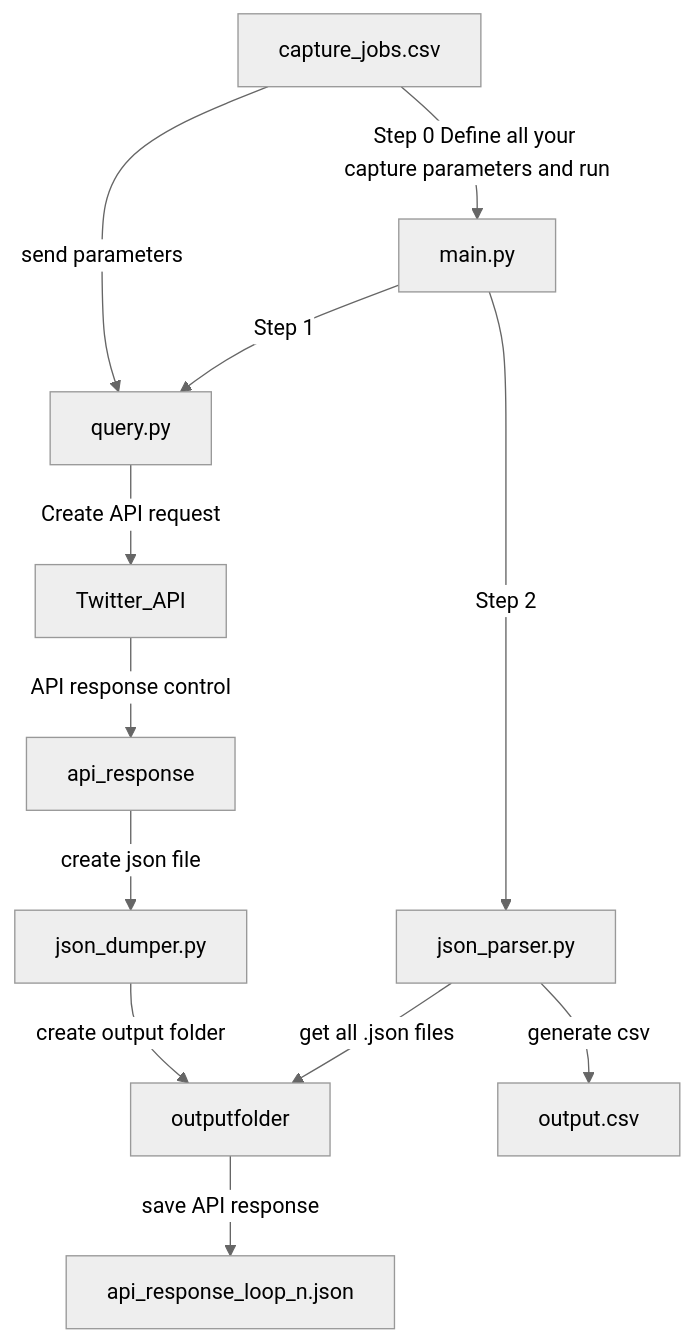
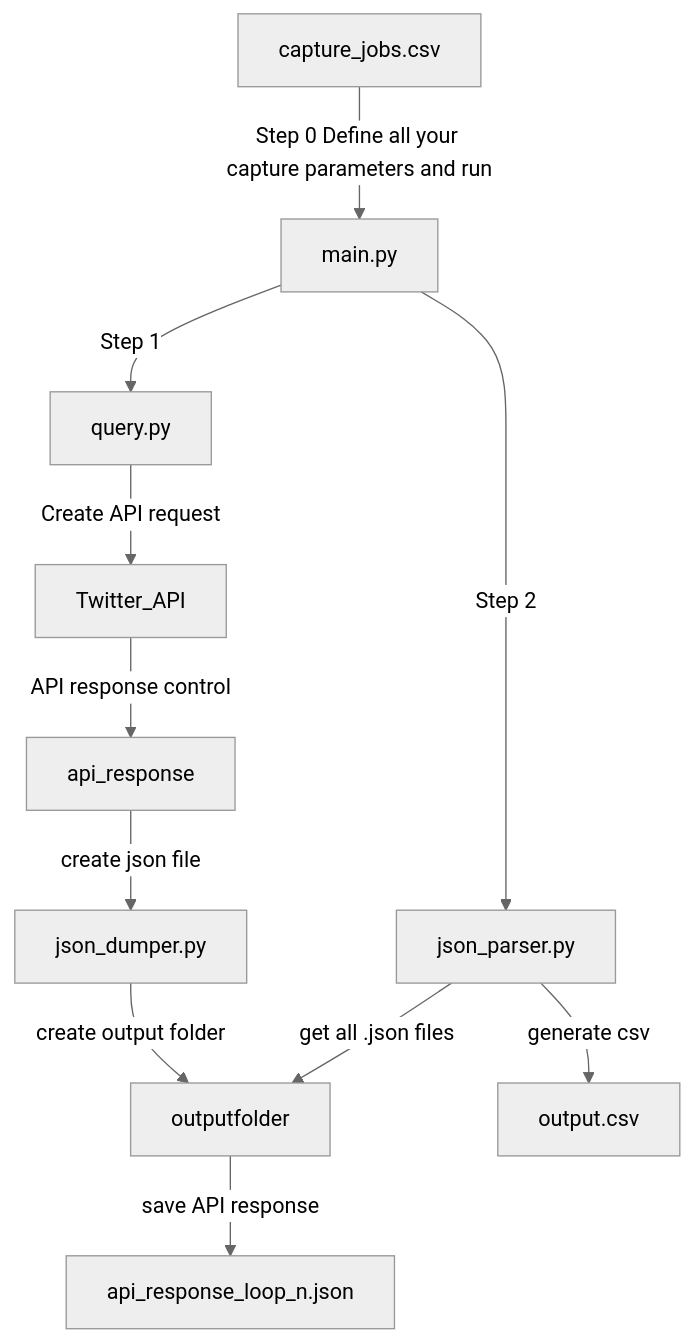
One commit to AdriaPadilla/Twitter-API-V2-full-archive-Search-academics changed the diagram in README.md. Above: the diagram before and after it, drawn with Mermaid (neutral theme).

````diff
--- a/README.md
+++ b/README.md
@@ -63,15 +63,14 @@
 ```mermaid  
 graph TD;  
 	capture_jobs.csv -->|Step 0 Define all your capture parameters and run| main.py;
-	capture_jobs.csv -->|send parameters| query.py;
 	main.py -->|Step 1| query.py;
 	query.py -->|Create API request| Twitter_API;
 	Twitter_API --> |API response control|api_response;
 	api_response --> |create json file|json_dumper.py;
 	main.py -->|Step 2| json_parser.py;
 	json_dumper.py -->|create output folder|outputfolder;
 	outputfolder -->|save API response|api_response_loop_n.json;
 	json_parser.py -->|get all .json files|outputfolder;
 	json_parser.py -->|generate csv| output.csv;
 	
 ```
````
